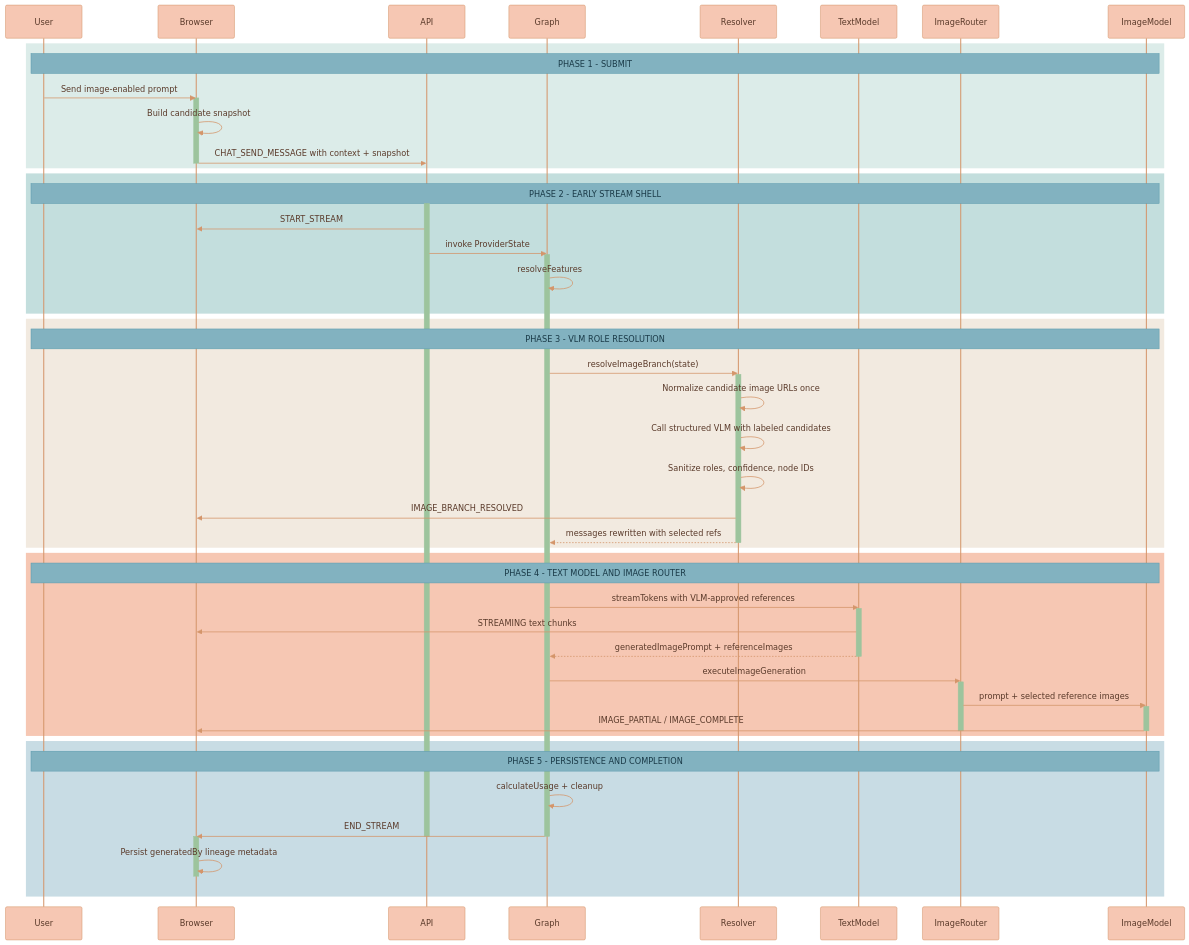
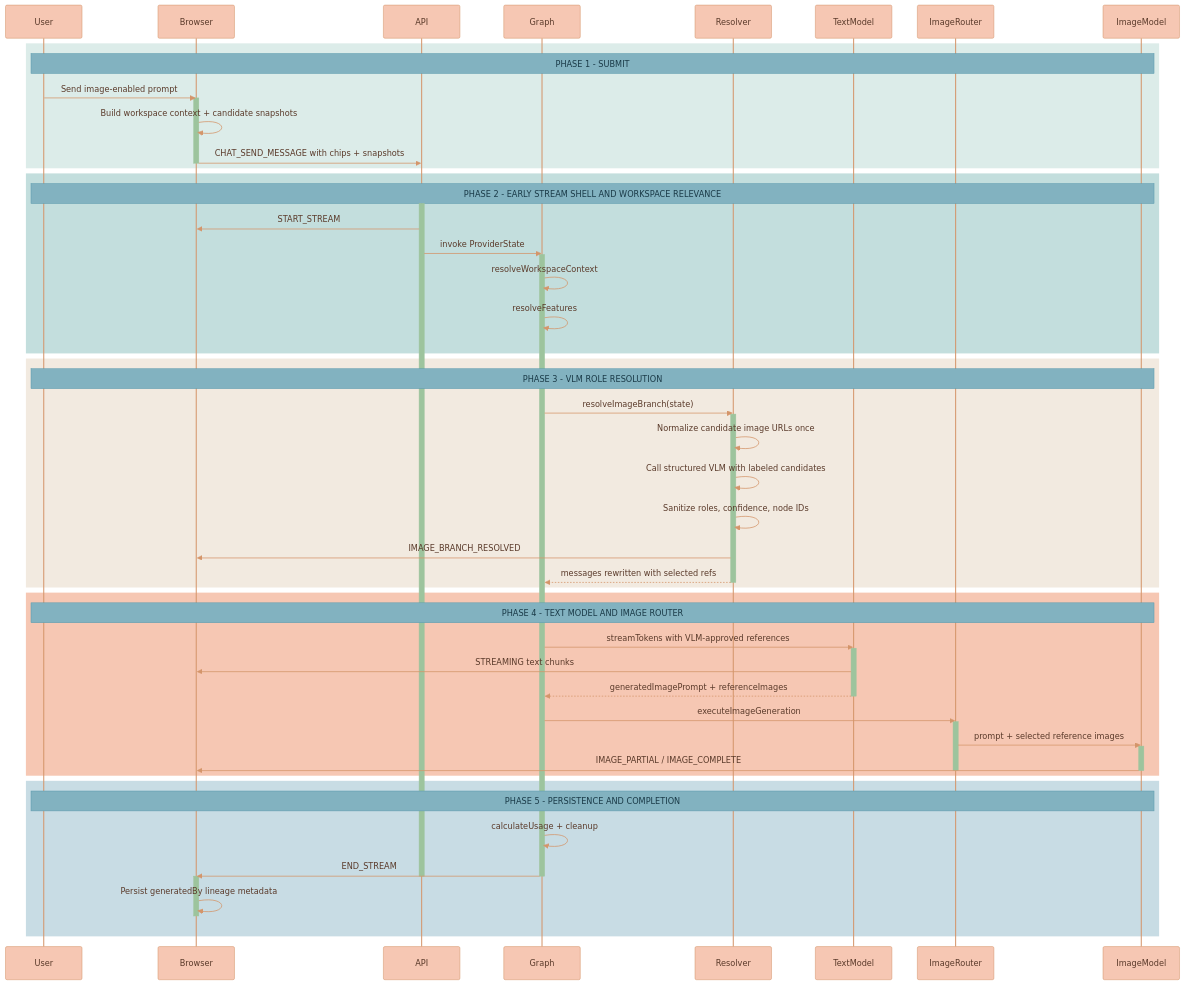
Before and after one commit to Lixpi/lixpi: the second of 3 diagrams in documentation/features/IMAGE-BRANCH-LINEAGE.md, drawn with Mermaid. The commit also changed other lines of this file and 36 other files, not shown here.

````diff
--- a/documentation/features/IMAGE-BRANCH-LINEAGE.md
+++ b/documentation/features/IMAGE-BRANCH-LINEAGE.md
@@ -103,69 +113,70 @@
 ```mermaid
 %%{init: {'theme': 'base', 'themeVariables': { 'noteBkgColor': '#82B2C0', 'noteTextColor': '#1a3a47', 'noteBorderColor': '#5a9aad', 'actorBkg': '#F6C7B3', 'actorBorder': '#d4956a', 'actorTextColor': '#5a3a2a', 'actorLineColor': '#d4956a', 'signalColor': '#d4956a', 'signalTextColor': '#5a3a2a', 'labelBoxBkgColor': '#F6C7B3', 'labelBoxBorderColor': '#d4956a', 'labelTextColor': '#5a3a2a', 'loopTextColor': '#5a3a2a', 'activationBorderColor': '#9DC49D', 'activationBkgColor': '#9DC49D', 'sequenceNumberColor': '#5a3a2a'}}}%%
 sequenceDiagram
     participant User
     participant Browser
     participant API
     participant Graph
     participant Resolver
     participant TextModel
     participant ImageRouter
     participant ImageModel
 
     rect rgb(220, 236, 233)
         Note over User, ImageModel: PHASE 1 - SUBMIT
         User->>Browser: Send image-enabled prompt
         activate Browser
-        Browser->>Browser: Build candidate snapshot
-        Browser->>API: CHAT_SEND_MESSAGE with context + snapshot
+        Browser->>Browser: Build workspace context + candidate snapshots
+        Browser->>API: CHAT_SEND_MESSAGE with chips + snapshots
         deactivate Browser
     end
 
     rect rgb(195, 222, 221)
-        Note over User, ImageModel: PHASE 2 - EARLY STREAM SHELL
+        Note over User, ImageModel: PHASE 2 - EARLY STREAM SHELL AND WORKSPACE RELEVANCE
         activate API
         API->>Browser: START_STREAM
         API->>Graph: invoke ProviderState
         activate Graph
+        Graph->>Graph: resolveWorkspaceContext
         Graph->>Graph: resolveFeatures
     end
 
     rect rgb(242, 234, 224)
         Note over User, ImageModel: PHASE 3 - VLM ROLE RESOLUTION
         Graph->>Resolver: resolveImageBranch(state)
         activate Resolver
         Resolver->>Resolver: Normalize candidate image URLs once
         Resolver->>Resolver: Call structured VLM with labeled candidates
         Resolver->>Resolver: Sanitize roles, confidence, node IDs
         Resolver->>Browser: IMAGE_BRANCH_RESOLVED
         Resolver-->>Graph: messages rewritten with selected refs
         deactivate Resolver
     end
 
     rect rgb(246, 199, 179)
         Note over User, ImageModel: PHASE 4 - TEXT MODEL AND IMAGE ROUTER
         Graph->>TextModel: streamTokens with VLM-approved references
         activate TextModel
         TextModel->>Browser: STREAMING text chunks
         TextModel-->>Graph: generatedImagePrompt + referenceImages
         deactivate TextModel
         Graph->>ImageRouter: executeImageGeneration
         activate ImageRouter
         ImageRouter->>ImageModel: prompt + selected reference images
         activate ImageModel
         ImageModel->>Browser: IMAGE_PARTIAL / IMAGE_COMPLETE
         deactivate ImageModel
         deactivate ImageRouter
     end
 
     rect rgb(200, 220, 228)
         Note over User, ImageModel: PHASE 5 - PERSISTENCE AND COMPLETION
         Graph->>Graph: calculateUsage + cleanup
         Graph->>Browser: END_STREAM
         deactivate Graph
         deactivate API
         activate Browser
         Browser->>Browser: Persist generatedBy lineage metadata
         deactivate Browser
     end
 ```
````
